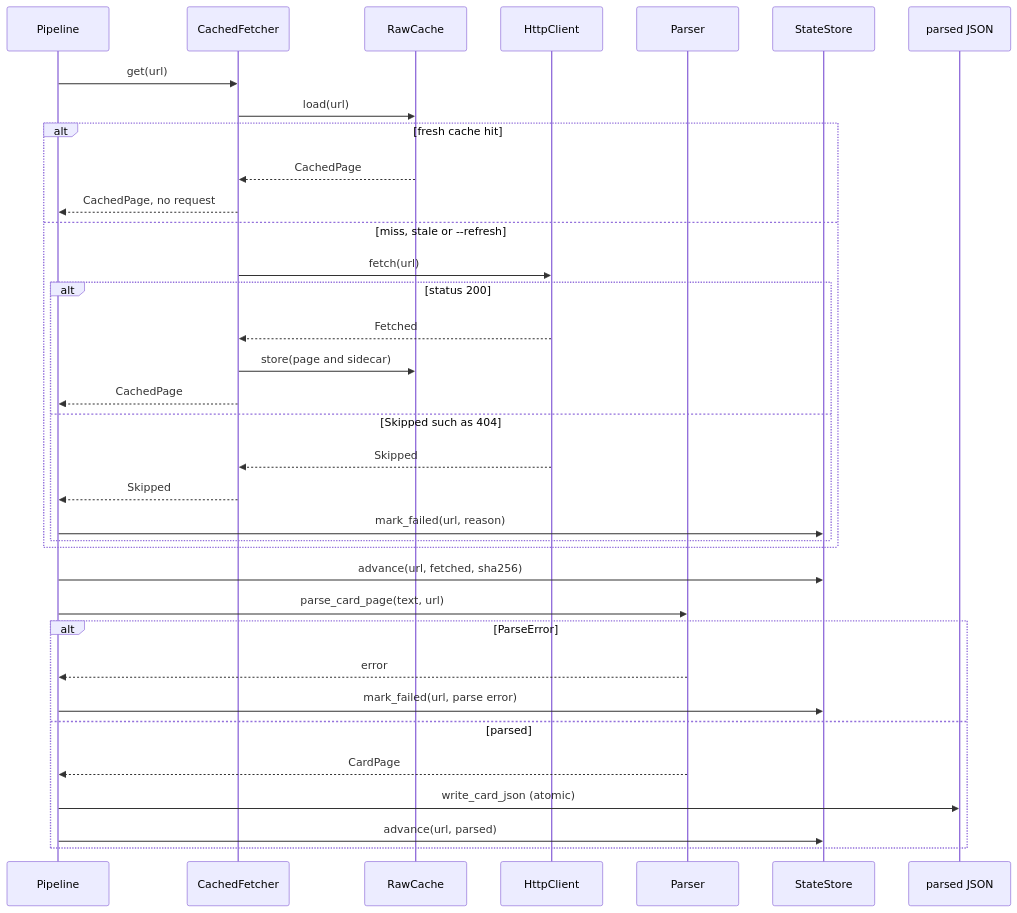
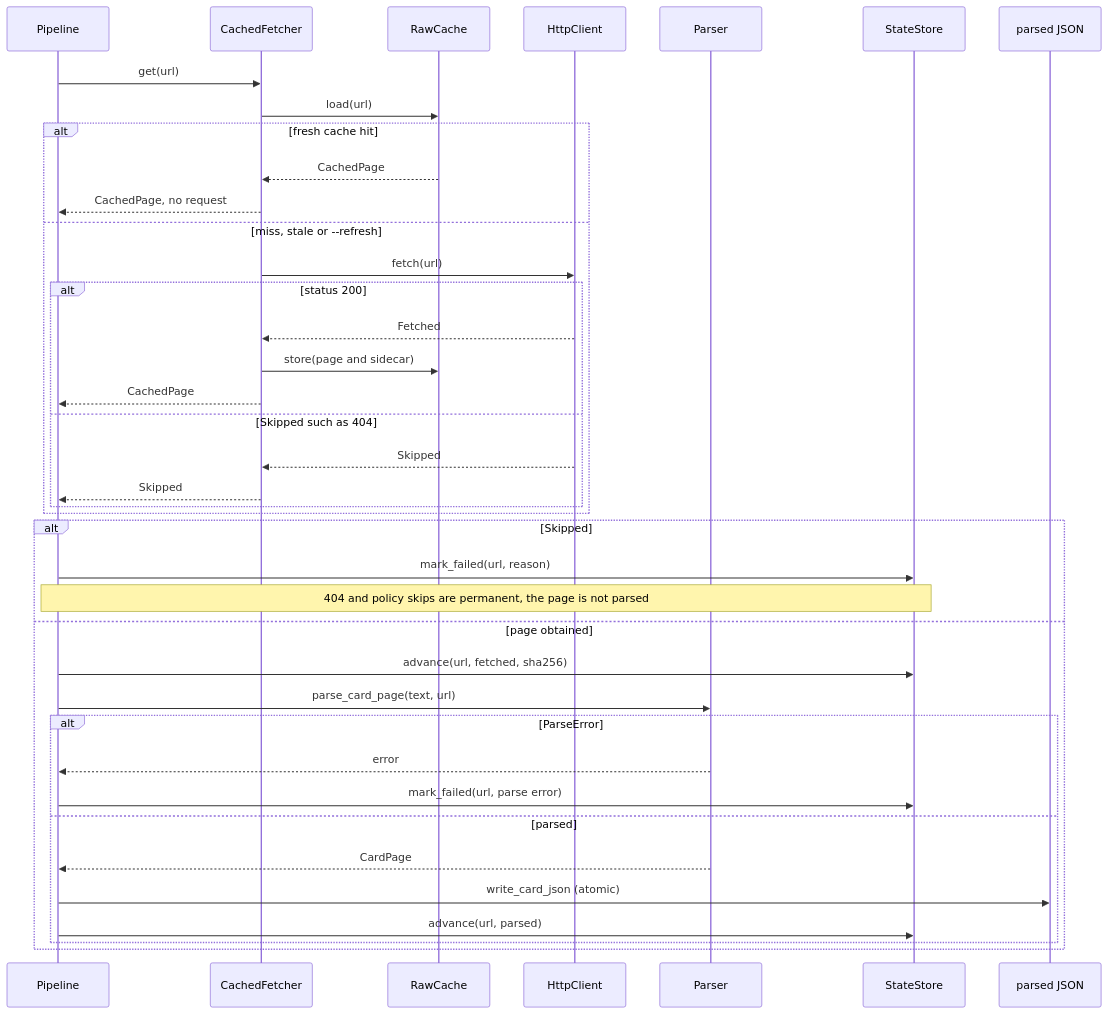
The second of 2 diagrams in docs/architecture/scraper.md (AleFire99/BS_Database), drawn with Mermaid before and after one commit.

Commit message:
docs(scraper): show the skipped and parse branches in the sequence
Refs #73

````diff
--- a/docs/architecture/scraper.md
+++ b/docs/architecture/scraper.md
@@ -24,38 +24,42 @@
 ```mermaid
 sequenceDiagram
     participant P as Pipeline
     participant F as CachedFetcher
     participant C as RawCache
     participant H as HttpClient
     participant R as Parser
     participant S as StateStore
     participant J as parsed JSON
 
     P->>F: get(url)
     F->>C: load(url)
     alt fresh cache hit
         C-->>F: CachedPage
         F-->>P: CachedPage, no request
     else miss, stale or --refresh
         F->>H: fetch(url)
         alt status 200
             H-->>F: Fetched
             F->>C: store(page and sidecar)
             F-->>P: CachedPage
         else Skipped such as 404
             H-->>F: Skipped
             F-->>P: Skipped
-            P->>S: mark_failed(url, reason)
         end
     end
-    P->>S: advance(url, fetched, sha256)
-    P->>R: parse_card_page(text, url)
-    alt ParseError
-        R-->>P: error
-        P->>S: mark_failed(url, parse error)
-    else parsed
-        R-->>P: CardPage
-        P->>J: write_card_json (atomic)
-        P->>S: advance(url, parsed)
+    alt Skipped
+        P->>S: mark_failed(url, reason)
+        Note over P,S: 404 and policy skips are permanent, the page is not parsed
+    else page obtained
+        P->>S: advance(url, fetched, sha256)
+        P->>R: parse_card_page(text, url)
+        alt ParseError
+            R-->>P: error
+            P->>S: mark_failed(url, parse error)
+        else parsed
+            R-->>P: CardPage
+            P->>J: write_card_json (atomic)
+            P->>S: advance(url, parsed)
+        end
     end
 ```
````
